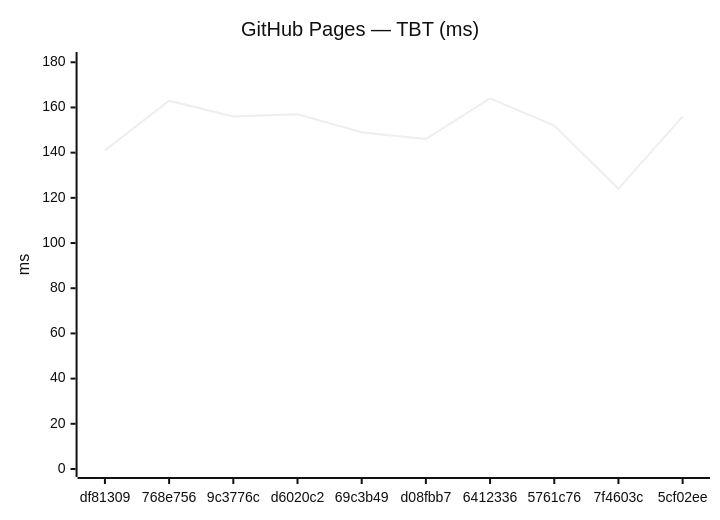
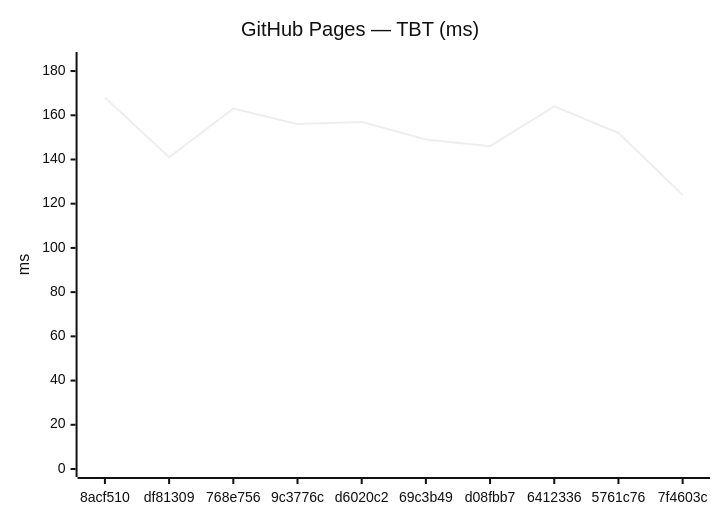
One commit to Metaheurist/Rianell changed the fourth of 18 diagrams in benchmarks/compare.md. Above: the diagram before and after it, drawn with Mermaid (neutral theme). The commit also changed other lines of this file and 11 other files, not shown here.

````diff
--- a/benchmarks/compare.md
+++ b/benchmarks/compare.md
@@ -61,7 +61,7 @@
 ```mermaid
 xychart-beta
     title "GitHub Pages — TBT (ms)"
-    x-axis ["df81309", "768e756", "9c3776c", "d6020c2", "69c3b49", "d08fbb7", "6412336", "5761c76", "7f4603c", "5cf02ee"]
-    y-axis "ms" 0 --> 181
-    line [141, 163, 156, 157, 149, 146, 164, 152, 124, 156]
+    x-axis ["8acf510", "df81309", "768e756", "9c3776c", "d6020c2", "69c3b49", "d08fbb7", "6412336", "5761c76", "7f4603c"]
+    y-axis "ms" 0 --> 185
+    line [168, 141, 163, 156, 157, 149, 146, 164, 152, 124]
 ```
````
